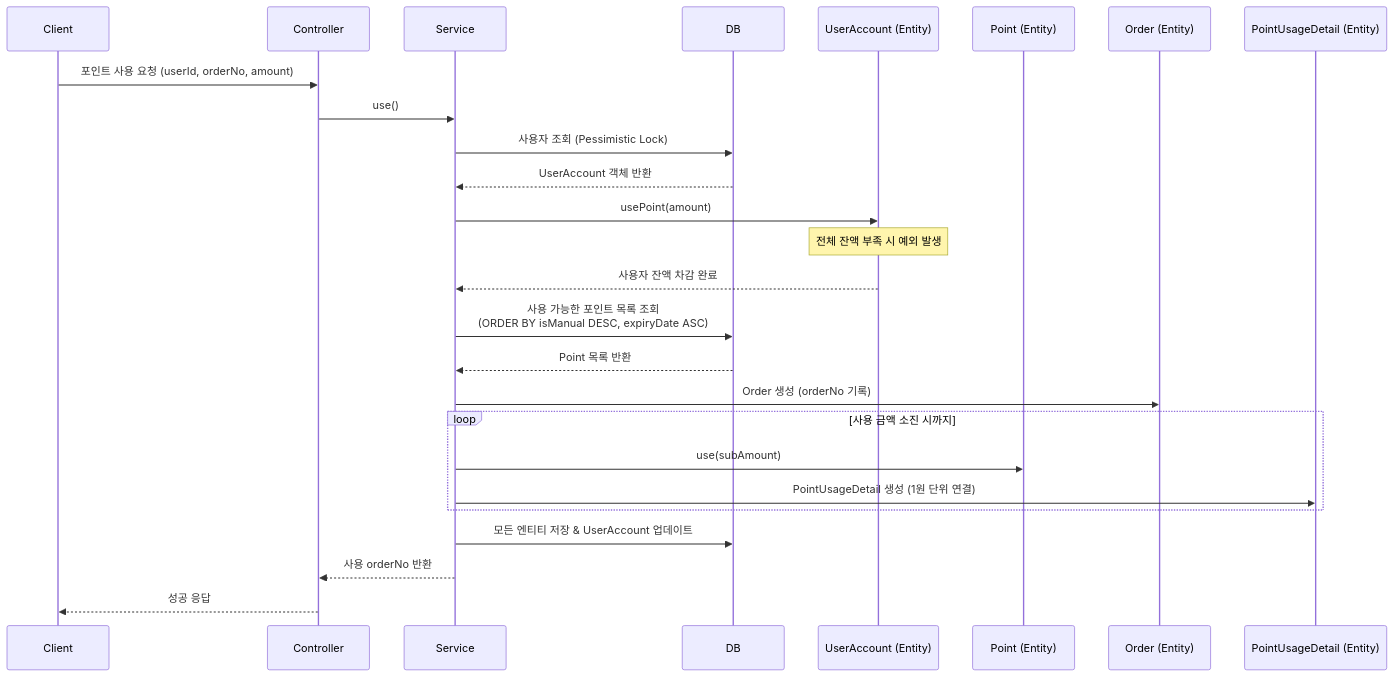
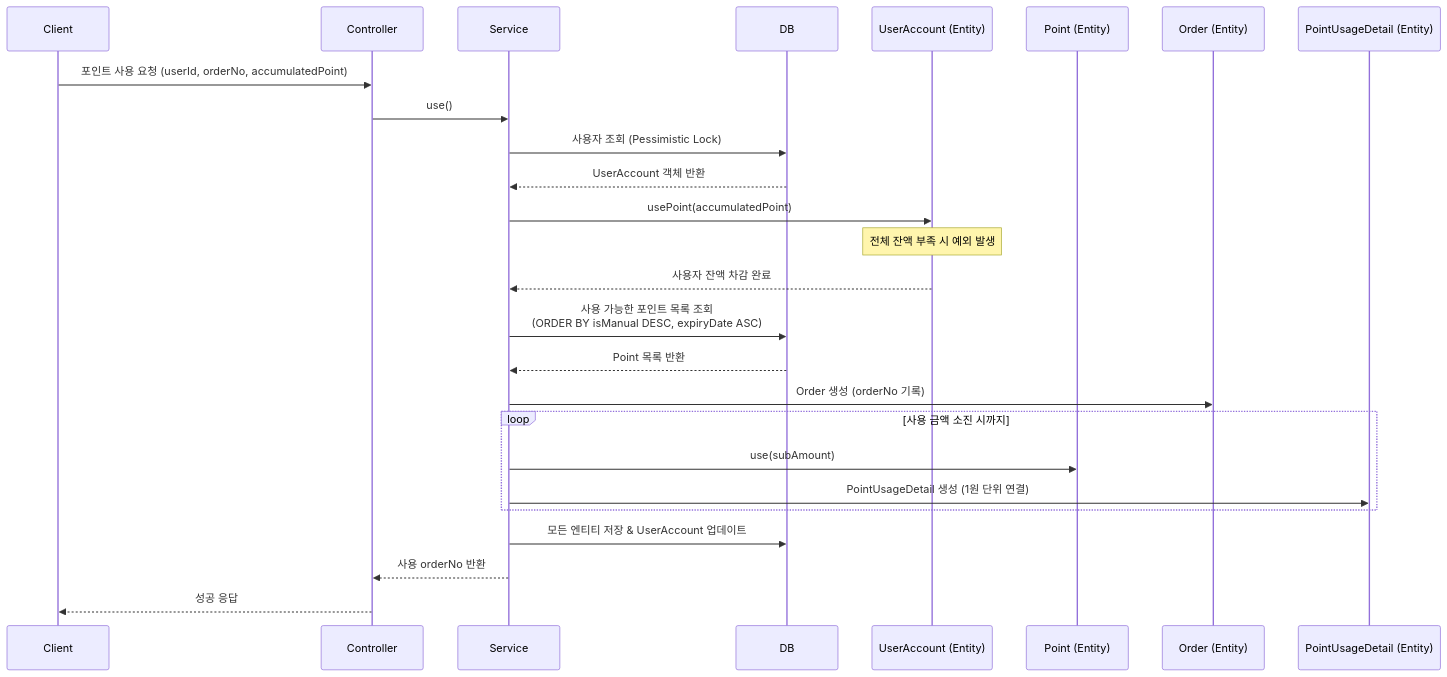
One commit to muzzaiwork/point changed the diagram in docs/api/사용.md. Above: the diagram before and after it, drawn with Mermaid. The commit also changed other lines of this file and 14 other files, not shown here.

Commit message:
Rename total to remaining in UserAccount and update Point entity field names

````diff
--- a/docs/api/사용.md
+++ b/docs/api/사용.md
@@ -57,32 +57,32 @@
 ```mermaid
 sequenceDiagram
     participant Client
     participant Controller
     participant Service
     participant DB
     participant UserAccountEntity as UserAccount (Entity)
     participant PointEntity as Point (Entity)
     participant OrderEntity as Order (Entity)
     participant DetailEntity as PointUsageDetail (Entity)
 
-    Client->>Controller: 포인트 사용 요청 (userId, orderNo, amount)
+    Client->>Controller: 포인트 사용 요청 (userId, orderNo, accumulatedPoint)
     Controller->>Service: use()
     Service->>DB: 사용자 조회 (Pessimistic Lock)
     DB-->>Service: UserAccount 객체 반환
-    Service->>UserAccountEntity: usePoint(amount)
+    Service->>UserAccountEntity: usePoint(accumulatedPoint)
     Note over UserAccountEntity: 전체 잔액 부족 시 예외 발생
     UserAccountEntity-->>Service: 사용자 잔액 차감 완료
     
     Service->>DB: 사용 가능한 포인트 목록 조회<br/>(ORDER BY isManual DESC, expiryDate ASC)
     DB-->>Service: Point 목록 반환
     
     Service->>OrderEntity: Order 생성 (orderNo 기록)
     loop 사용 금액 소진 시까지
         Service->>PointEntity: use(subAmount)
         Service->>DetailEntity: PointUsageDetail 생성 (1원 단위 연결)
     end
     
     Service->>DB: 모든 엔티티 저장 & UserAccount 업데이트
     Service-->>Controller: 사용 orderNo 반환
     Controller-->>Client: 성공 응답
 ```
````
